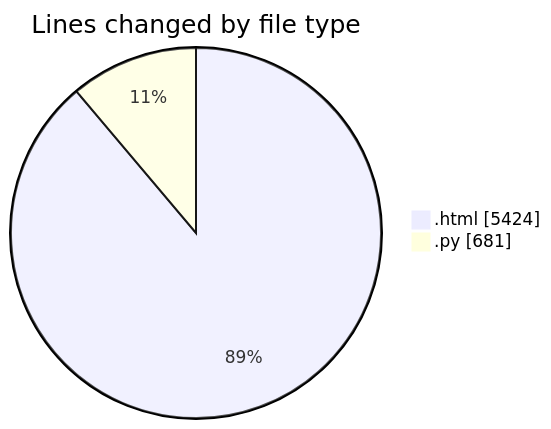
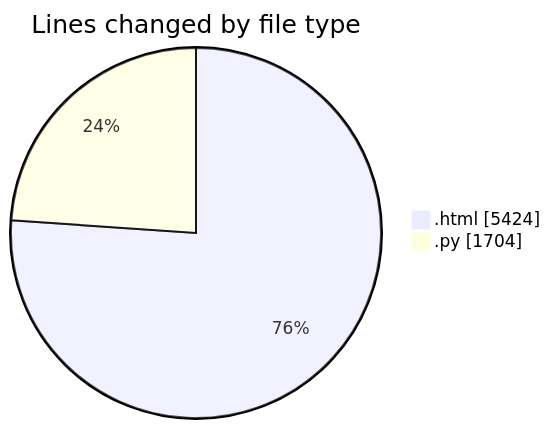
The first of 2 diagrams in 2026-07-12/untitled__workspace_/README.md (shibass792/code-tracking), drawn with Mermaid before and after one commit. The commit also changed other lines of this file and 1 other file, not shown here.

````diff
--- a/2026-07-12/untitled__workspace_/README.md
+++ b/2026-07-12/untitled__workspace_/README.md
@@ -21,6 +23,6 @@
 ```mermaid
 pie showData
 title Lines changed by file type
 ".html" : 5424
-".py" : 681
+".py" : 1704
 ```
````
